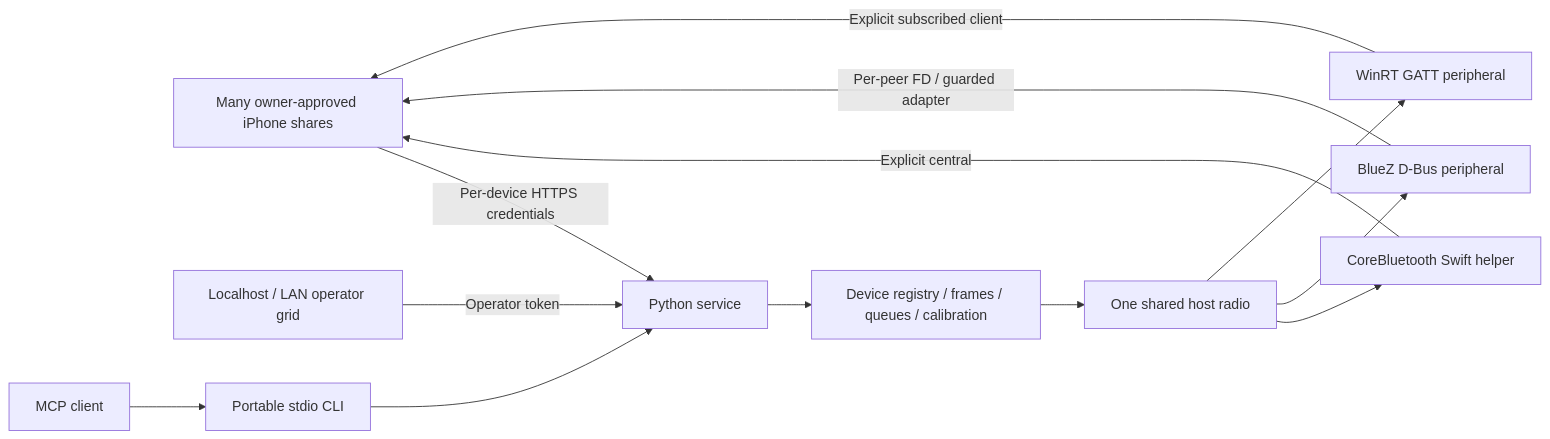
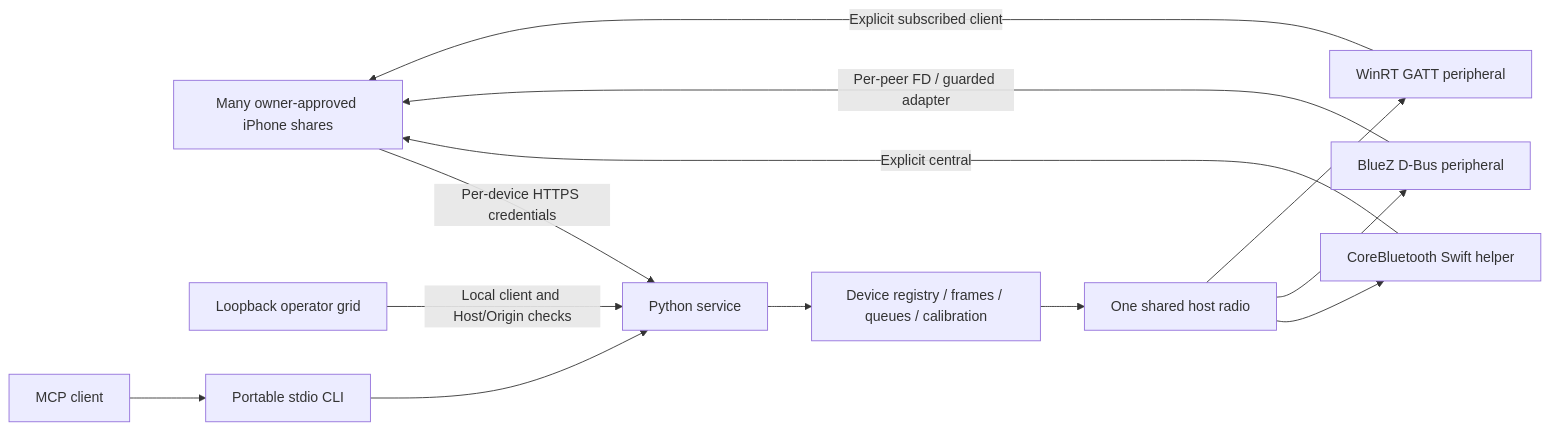
One commit to semsturgut/open-iphone-use changed the diagram in docs/architecture.md. Above: the diagram before and after it, drawn with Mermaid. The commit also changed other lines of this file and 19 other files, not shown here.

````diff
--- a/docs/architecture.md
+++ b/docs/architecture.md
@@ -7,15 +7,15 @@
 ```mermaid
 flowchart LR
     I[Many owner-approved iPhone shares] -->|Per-device HTTPS credentials| P[Python service]
-    U[Localhost / LAN operator grid] -->|Operator token| P
+    U[Loopback operator grid] -->|Local client and Host/Origin checks| P
     A[MCP client] --> C[Portable stdio CLI]
     C --> P
     P --> D[Device registry / frames / queues / calibration]
     D --> R[One shared host radio]
     R --> M[CoreBluetooth Swift helper]
     R --> L[BlueZ D-Bus peripheral]
     R --> W[WinRT GATT peripheral]
     M -->|Explicit central| I
     L -->|Per-peer FD / guarded adapter| I
     W -->|Explicit subscribed client| I
 ```
````
